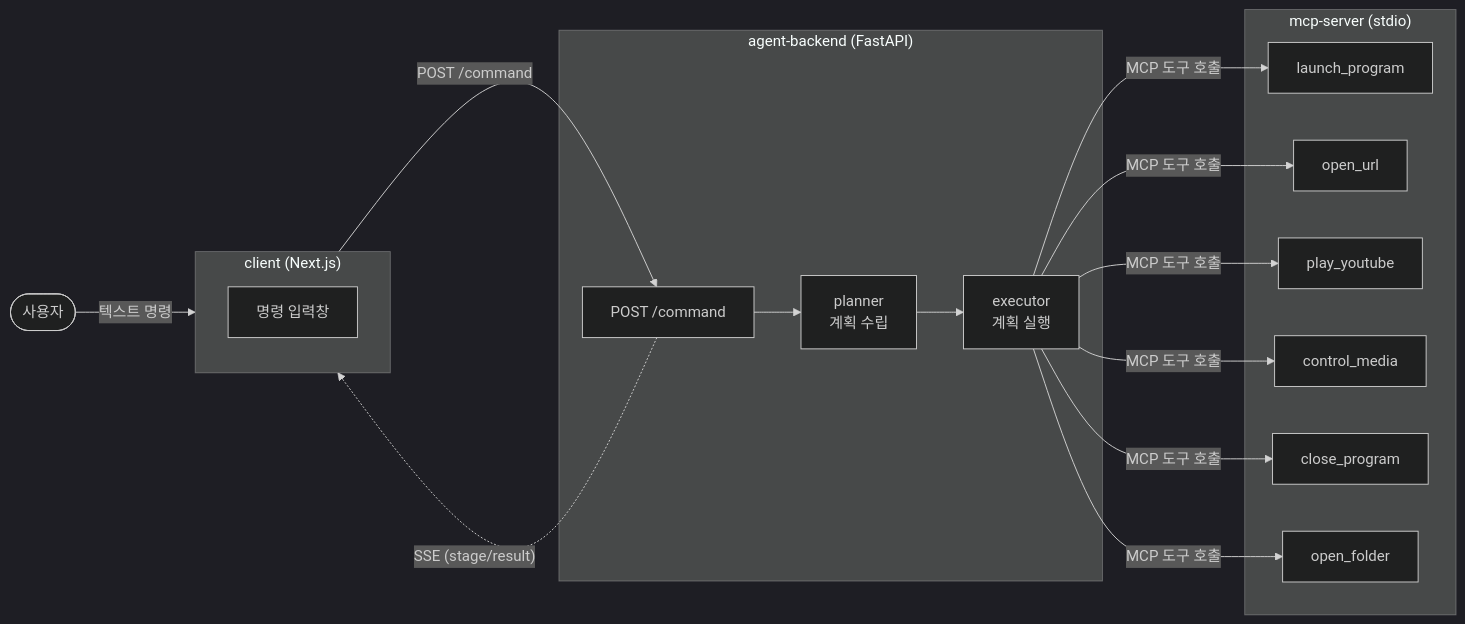
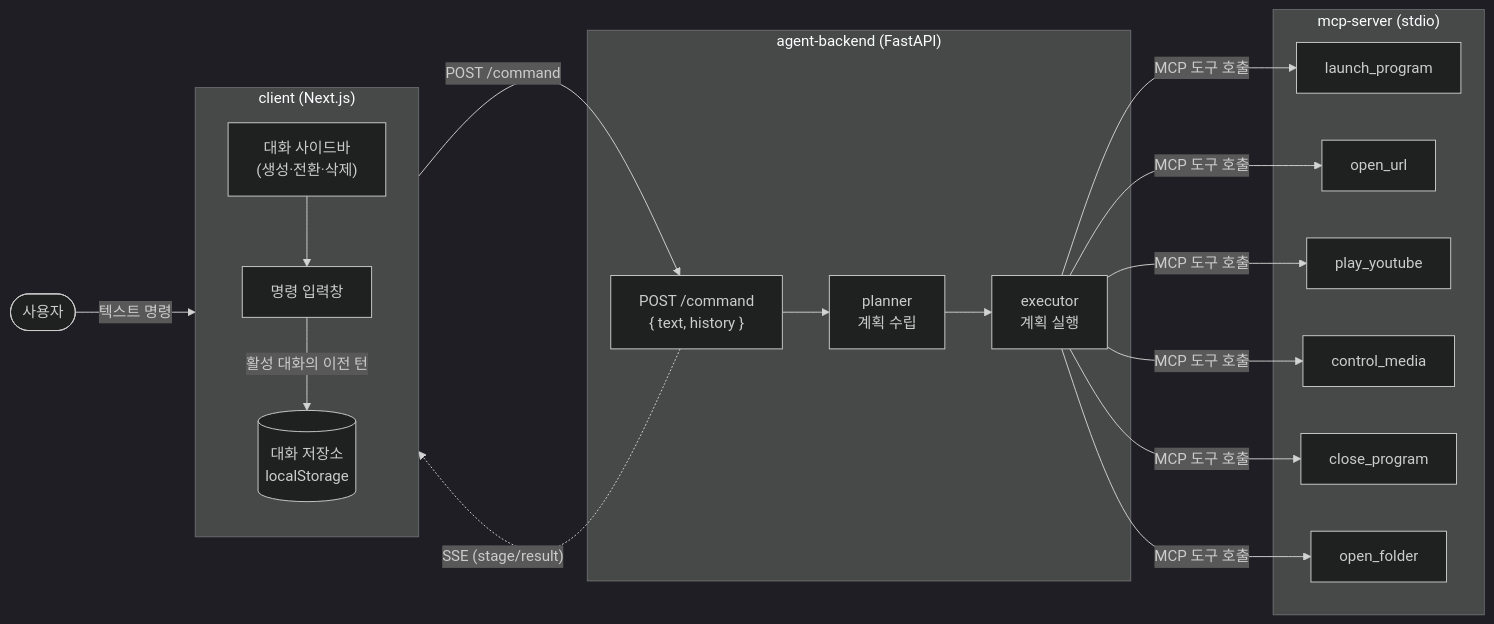
Before and after one commit to InwooLeeme/mcp-assistant: the diagram in README.md, drawn with Mermaid (dark theme). The commit also changed other lines of this file and 3 other files, not shown here.

````diff
--- a/README.md
+++ b/README.md
@@ -18,31 +18,32 @@
 ```mermaid
 flowchart LR
     User(["사용자"]) -- "텍스트 명령" --> Client
 
     subgraph Client["client (Next.js)"]
-        Form["명령 입력창"]
+        Sidebar["대화 사이드바\n(생성·전환·삭제)"] --> Form["명령 입력창"]
+        Form -- "활성 대화의 이전 턴" --> Store[("대화 저장소\nlocalStorage")]
     end
 
     subgraph Backend["agent-backend (FastAPI)"]
-        API["POST /command"] --> Planner["planner\n계획 수립"]
+        API["POST /command\n{ text, history }"] --> Planner["planner\n계획 수립"]
         Planner --> Executor["executor\n계획 실행"]
     end
 
     subgraph MCP["mcp-server (stdio)"]
         LaunchProgram["launch_program"]
         OpenUrl["open_url"]
         PlayYoutube["play_youtube"]
         ControlMedia["control_media"]
         CloseProgram["close_program"]
         OpenFolder["open_folder"]
     end
 
     Client -- "POST /command" --> API
     Executor -- "MCP 도구 호출" --> LaunchProgram
     Executor -- "MCP 도구 호출" --> OpenUrl
     Executor -- "MCP 도구 호출" --> PlayYoutube
     Executor -- "MCP 도구 호출" --> ControlMedia
     Executor -- "MCP 도구 호출" --> CloseProgram
     Executor -- "MCP 도구 호출" --> OpenFolder
     API -. "SSE (stage/result)" .-> Client
 ```
````
